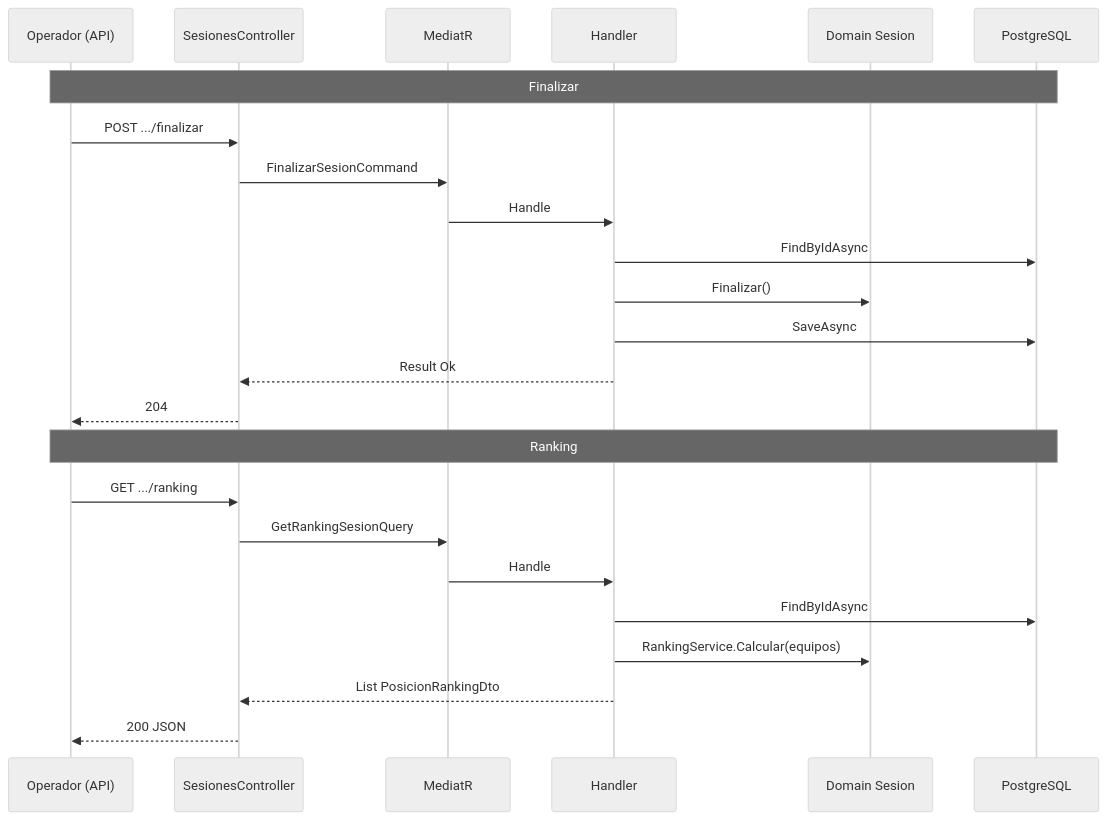
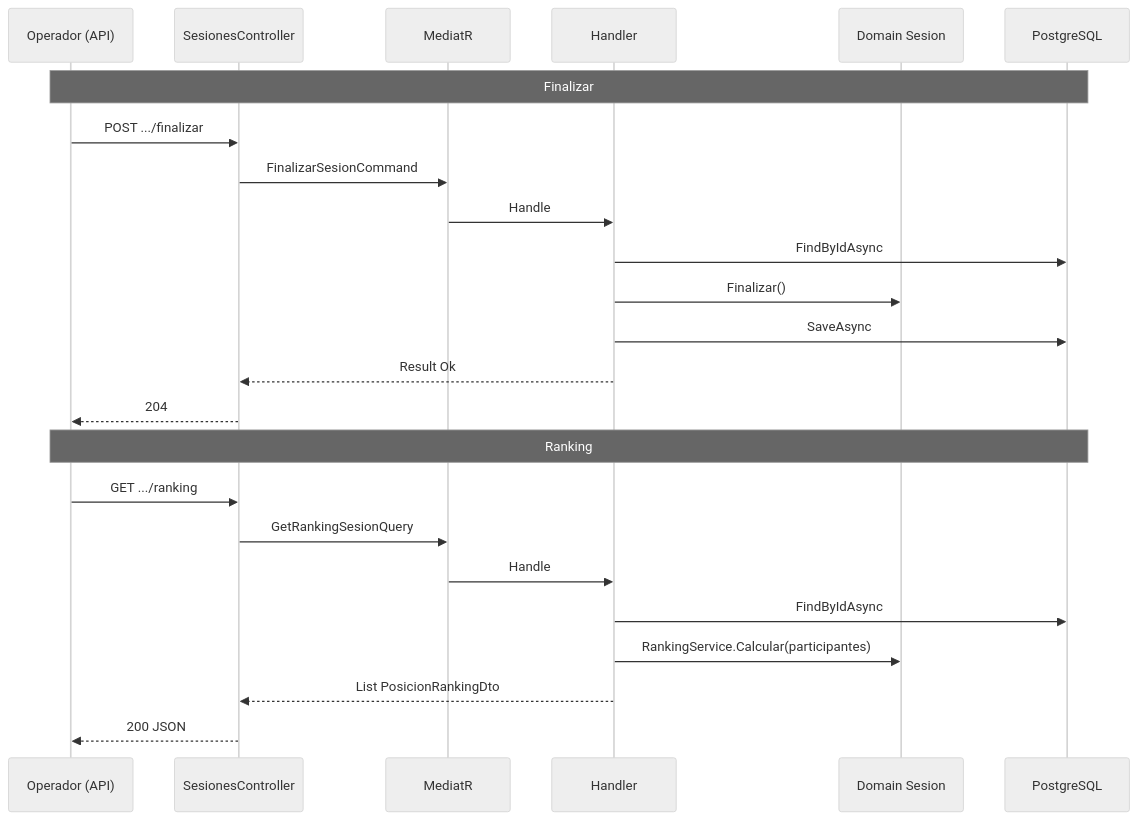
The diagram in docs/archive/fases/fase-4/iter-04-05-sesiones-cerrar-ranking.md (jesayago21/UMBRAL_UCAB), drawn with Mermaid (neutral theme) before and after one commit. The commit also changed other lines of this file and 313 other files, not shown here.

````diff
--- a/docs/archive/fases/fase-4/iter-04-05-sesiones-cerrar-ranking.md
+++ b/docs/archive/fases/fase-4/iter-04-05-sesiones-cerrar-ranking.md
@@ -64,28 +64,28 @@
 ```mermaid
 sequenceDiagram
     participant Op as Operador (API)
     participant C as SesionesController
     participant M as MediatR
     participant H as Handler
     participant D as Domain Sesion
     participant DB as PostgreSQL
 
     Note over Op,DB: Finalizar
     Op->>C: POST .../finalizar
     C->>M: FinalizarSesionCommand
     M->>H: Handle
     H->>DB: FindByIdAsync
     H->>D: Finalizar()
     H->>DB: SaveAsync
     H-->>C: Result Ok
     C-->>Op: 204
 
     Note over Op,DB: Ranking
     Op->>C: GET .../ranking
     C->>M: GetRankingSesionQuery
     M->>H: Handle
     H->>DB: FindByIdAsync
-    H->>D: RankingService.Calcular(equipos)
+    H->>D: RankingService.Calcular(participantes)
     H-->>C: List PosicionRankingDto
     C-->>Op: 200 JSON
 ```
````
